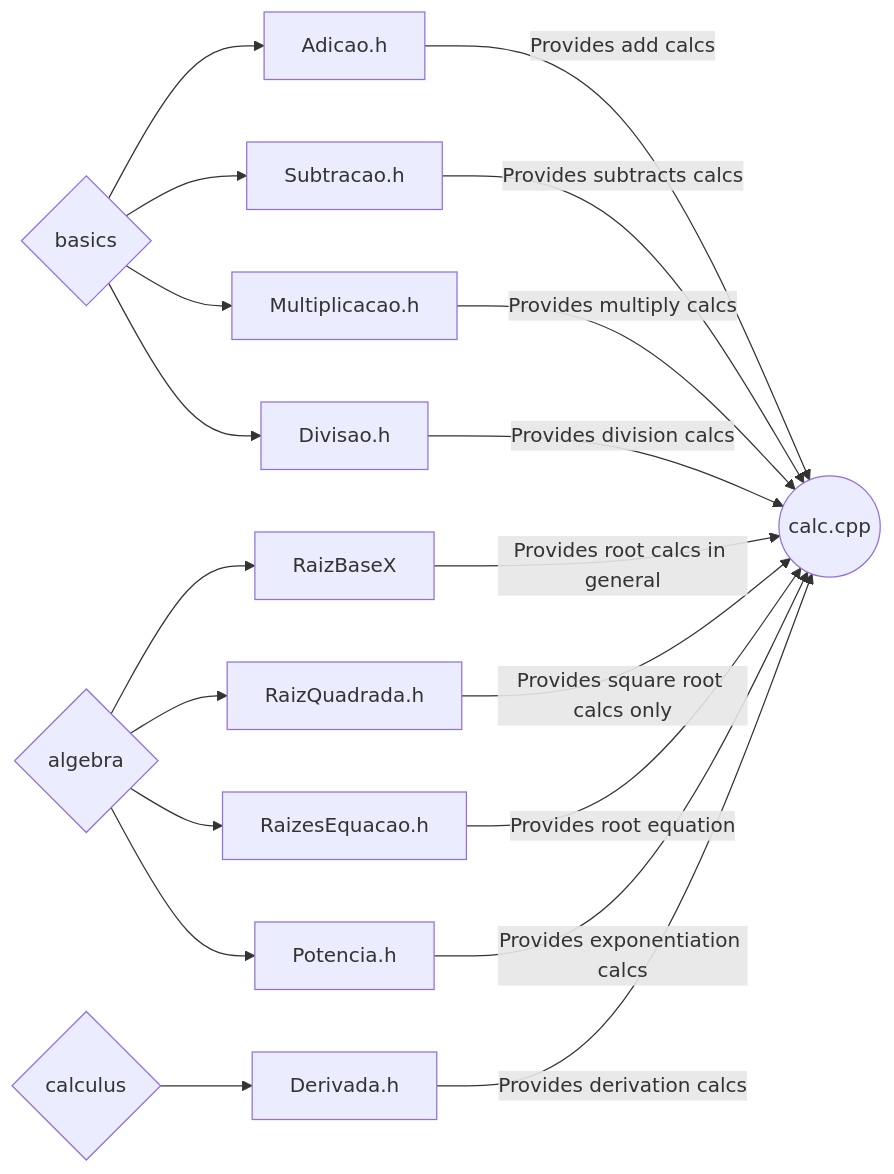
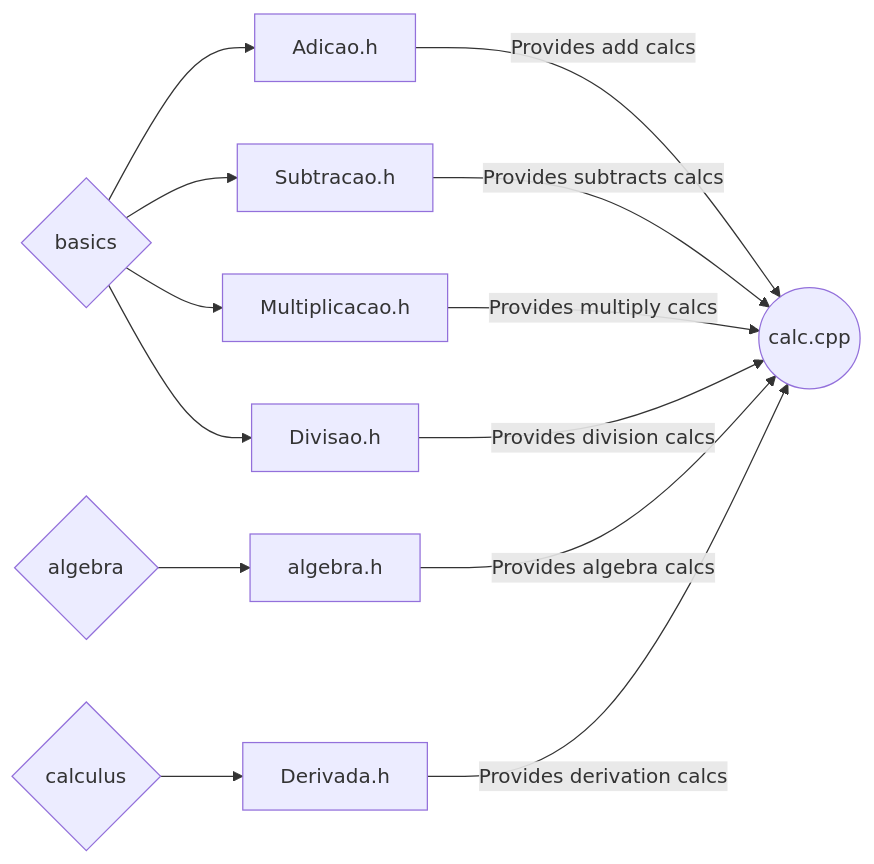
The diagram in README.md (higorslva/calcpp_cli), drawn with Mermaid before and after one commit. The commit also changed other lines of this file, not shown here.

````diff
--- a/README.md
+++ b/README.md
@@ -58,12 +59,9 @@
 ```mermaid
 graph LR
 1{basics} --> A[Adicao.h] -- Provides add calcs --> Z((calc.cpp))
 1 --> B[Subtracao.h] -- Provides subtracts calcs --> Z
 1 --> C[Multiplicacao.h] -- Provides multiply calcs --> Z
 1 --> D[Divisao.h] -- Provides division calcs --> Z
-2{algebra} --> E[RaizBaseX] -- Provides root calcs in general --> Z
-2 --> F[RaizQuadrada.h] -- Provides square root calcs only --> Z
-2 --> G[RaizesEquacao.h] -- Provides root equation --> Z
-2 --> H[Potencia.h] -- Provides exponentiation calcs --> Z
+2{algebra} --> E[algebra.h] -- Provides algebra calcs --> Z
 3{calculus} --> I[Derivada.h] -- Provides derivation calcs --> Z
 ```
````
